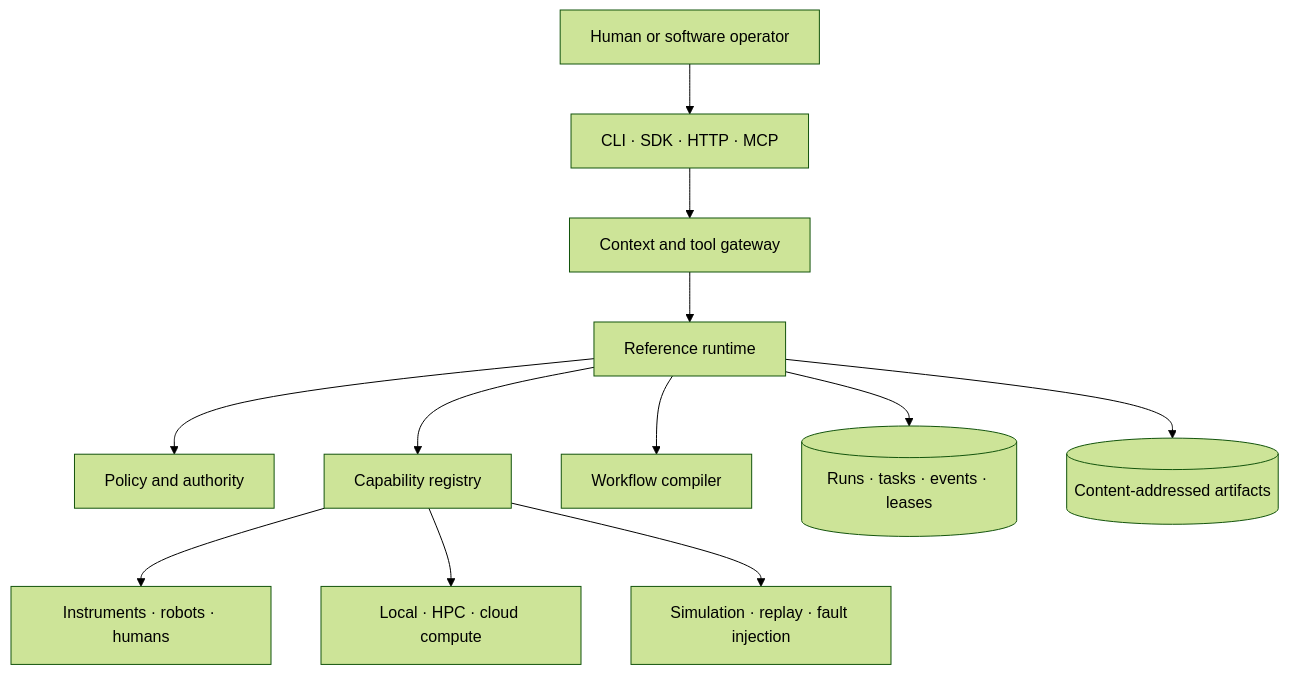
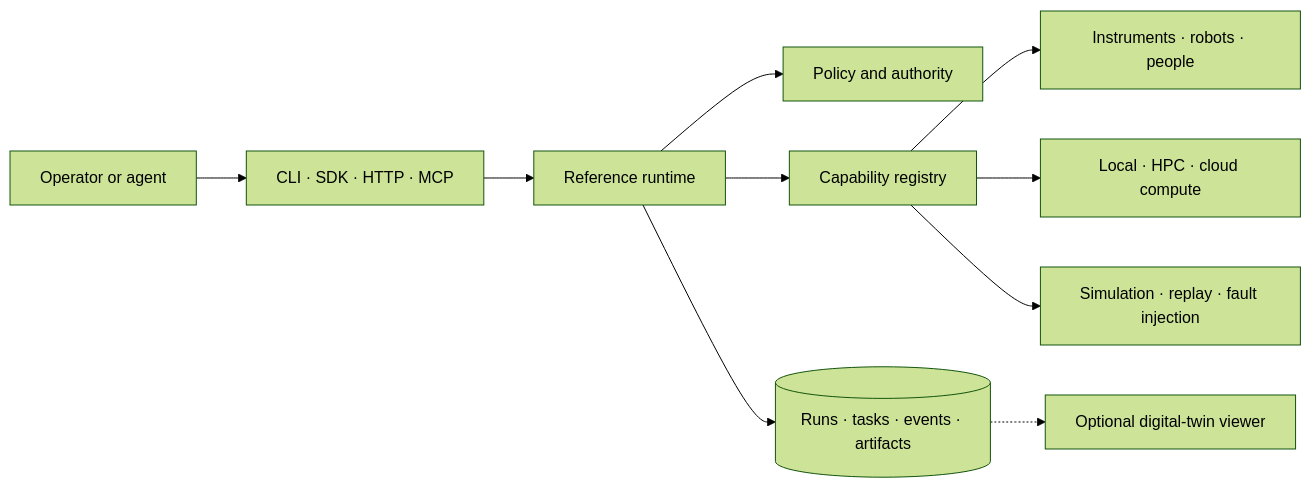
Before and after one commit to fl-sean03/OpenSDL: the diagram in README.md, drawn with Mermaid (forest theme). The commit also changed other lines of this file and 32 other files, not shown here.

````diff
--- a/README.md
+++ b/README.md
@@ -180,25 +34,12 @@
 ```mermaid
-flowchart TB
-    OP[Human or software operator]
-    CLI[CLI · SDK · HTTP · MCP]
-    CTX[Context and tool gateway]
-    RT[Reference runtime]
-    POL[Policy and authority]
-    REG[Capability registry]
-    WF[Workflow compiler]
-    DB[(Runs · tasks · events · leases)]
-    ART[(Content-addressed artifacts)]
-    PHY[Instruments · robots · humans]
-    CMP[Local · HPC · cloud compute]
-    SIM[Simulation · replay · fault injection]
-
-    OP --> CLI --> CTX --> RT
-    RT --> POL
-    RT --> REG
-    RT --> WF
-    RT --> DB
-    RT --> ART
-    REG --> PHY
-    REG --> CMP
-    REG --> SIM
+flowchart LR
+    OP[Operator or agent] --> IF[CLI · SDK · HTTP · MCP]
+    IF --> RT[Reference runtime]
+    RT --> POL[Policy and authority]
+    RT --> REG[Capability registry]
+    RT --> ST[(Runs · tasks · events · artifacts)]
+    REG --> PHY[Instruments · robots · people]
+    REG --> CMP[Local · HPC · cloud compute]
+    REG --> SIM[Simulation · replay · fault injection]
+    ST -.-> TW[Optional digital-twin viewer]
 ```
````
